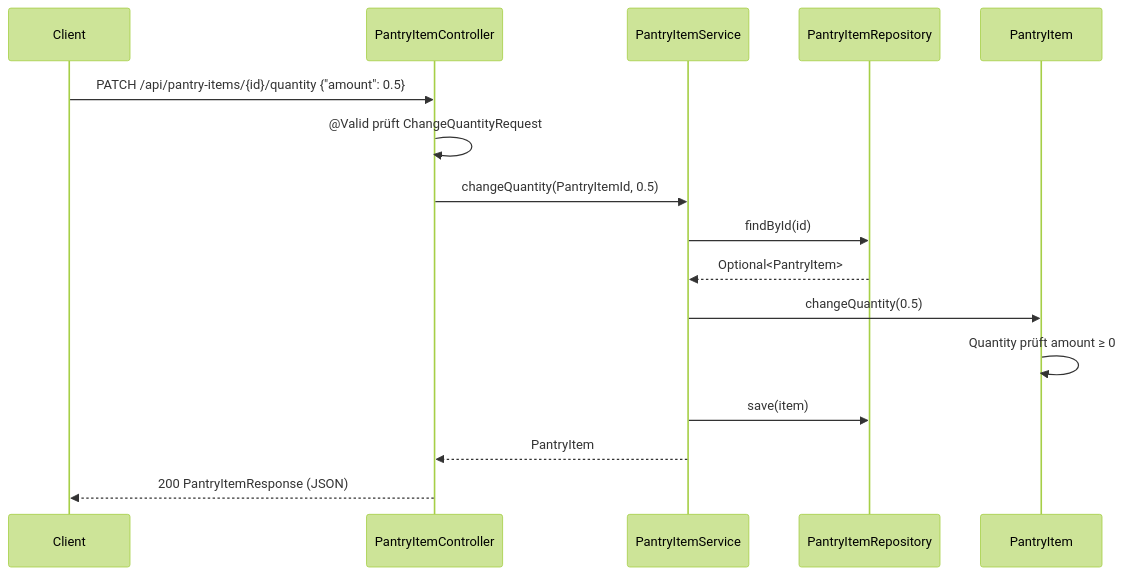
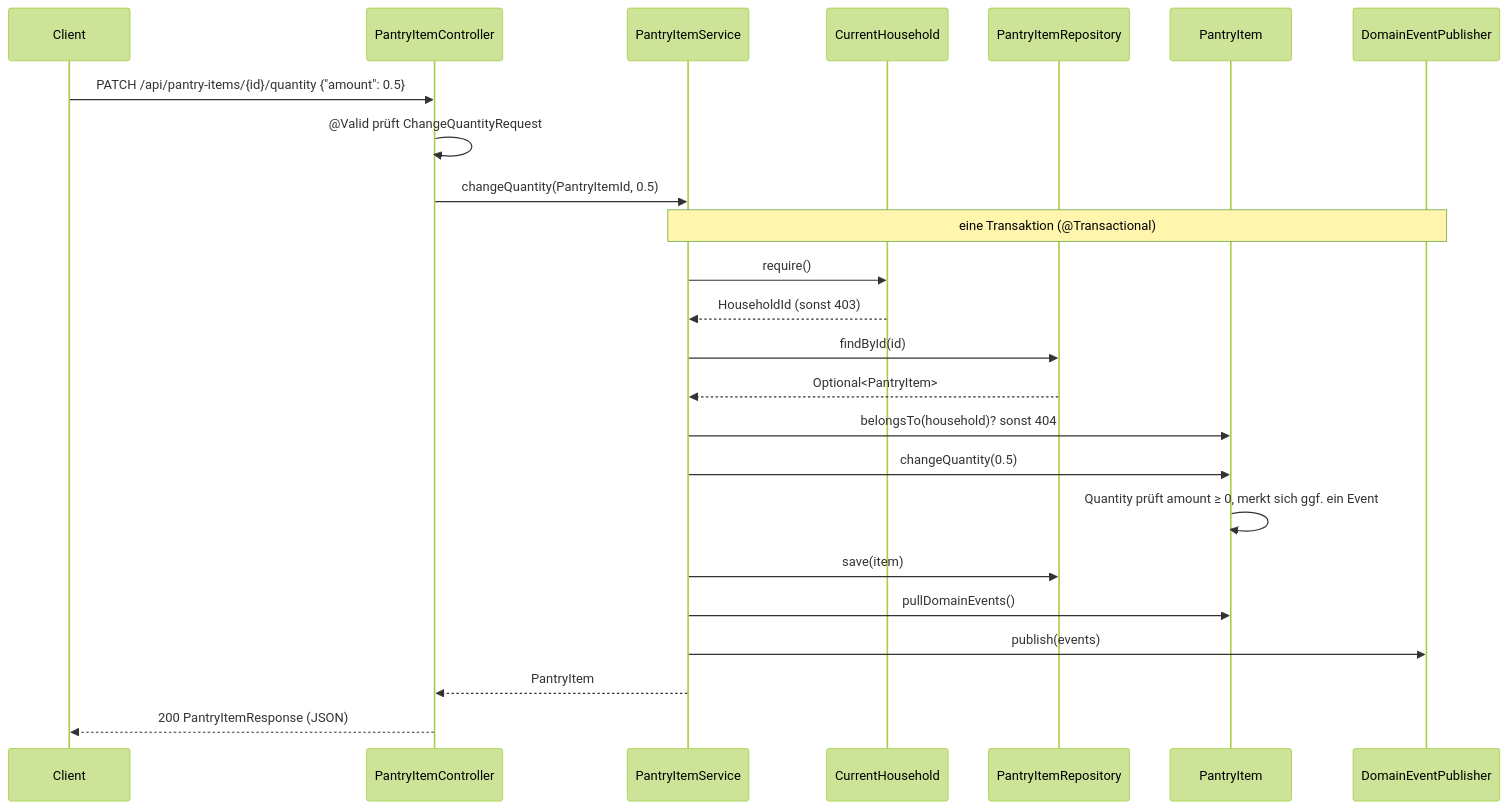
One commit to max-ziel/StorageKeeper changed the ninth of 10 diagrams in docs/DOMAIN_MODEL.md. Above: the diagram before and after it, drawn with Mermaid (forest theme). The commit also changed other lines of this file and 140 other files, not shown here.

````diff
--- a/docs/DOMAIN_MODEL.md
+++ b/docs/DOMAIN_MODEL.md
@@ -816,19 +890,27 @@
 ```mermaid
 sequenceDiagram
   participant C as Client
   participant W as PantryItemController
   participant S as PantryItemService
+  participant H as CurrentHousehold
   participant R as PantryItemRepository
   participant P as PantryItem
+  participant E as DomainEventPublisher
 
   C->>W: PATCH /api/pantry-items/{id}/quantity {"amount": 0.5}
   W->>W: @Valid prüft ChangeQuantityRequest
   W->>S: changeQuantity(PantryItemId, 0.5)
+  Note over S,E: eine Transaktion (@Transactional)
+  S->>H: require()
+  H-->>S: HouseholdId (sonst 403)
   S->>R: findById(id)
   R-->>S: Optional<PantryItem>
+  S->>P: belongsTo(household)? sonst 404
   S->>P: changeQuantity(0.5)
-  P->>P: Quantity prüft amount ≥ 0
+  P->>P: Quantity prüft amount ≥ 0, merkt sich ggf. ein Event
   S->>R: save(item)
+  S->>P: pullDomainEvents()
+  S->>E: publish(events)
   S-->>W: PantryItem
   W-->>C: 200 PantryItemResponse (JSON)
 ```
````
